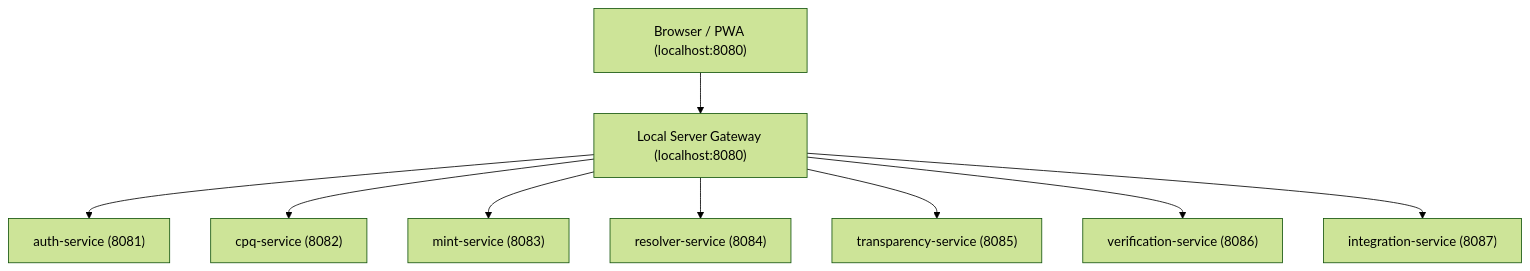
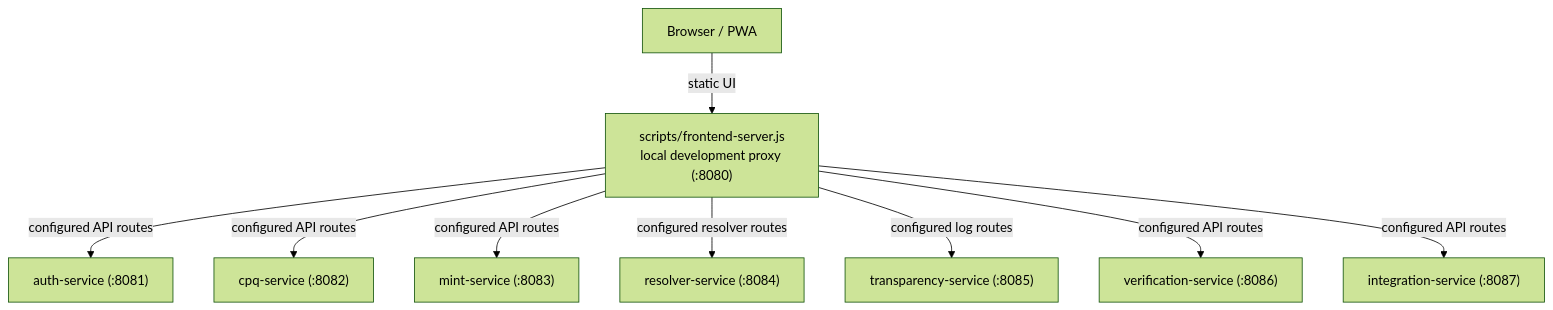
Before and after one commit to Nandu1729/CapMint: the diagram in README.md, drawn with Mermaid (forest theme). The commit also changed other lines of this file, not shown here.

Commit message:
docs(repo): reconcile README architecture and status claims with shipped reality

````diff
--- a/README.md
+++ b/README.md
@@ -13,11 +28,11 @@
 ```mermaid
 graph TD
-    Client["Browser / PWA (localhost:8080)"] --> Gateway["Local Server Gateway (localhost:8080)"]
-    Gateway --> Auth["auth-service (8081)"]
-    Gateway --> CPQ["cpq-service (8082)"]
-    Gateway --> Mint["mint-service (8083)"]
-    Gateway --> Resolver["resolver-service (8084)"]
-    Gateway --> Transparency["transparency-service (8085)"]
-    Gateway --> Verification["verification-service (8086)"]
-    Gateway --> Integration["integration-service (8087)"]
+    Client["Browser / PWA"] -->|"static UI"| DevProxy["scripts/frontend-server.js<br/>local development proxy (:8080)"]
+    DevProxy -->|"configured API routes"| Auth["auth-service (:8081)"]
+    DevProxy -->|"configured API routes"| CPQ["cpq-service (:8082)"]
+    DevProxy -->|"configured API routes"| Mint["mint-service (:8083)"]
+    DevProxy -->|"configured resolver routes"| Resolver["resolver-service (:8084)"]
+    DevProxy -->|"configured log routes"| Transparency["transparency-service (:8085)"]
+    DevProxy -->|"configured API routes"| Verification["verification-service (:8086)"]
+    DevProxy -->|"configured API routes"| Integration["integration-service (:8087)"]
 ```
````
